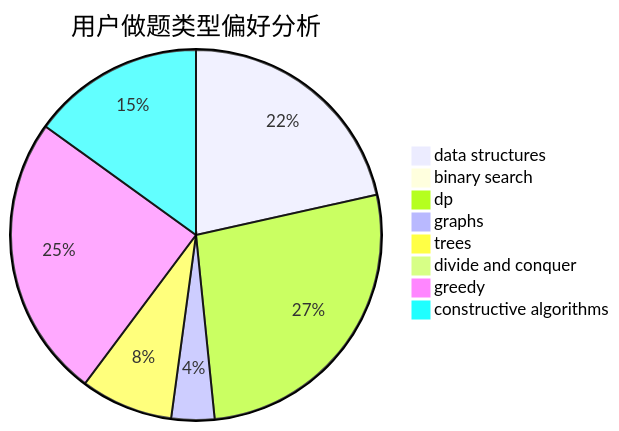
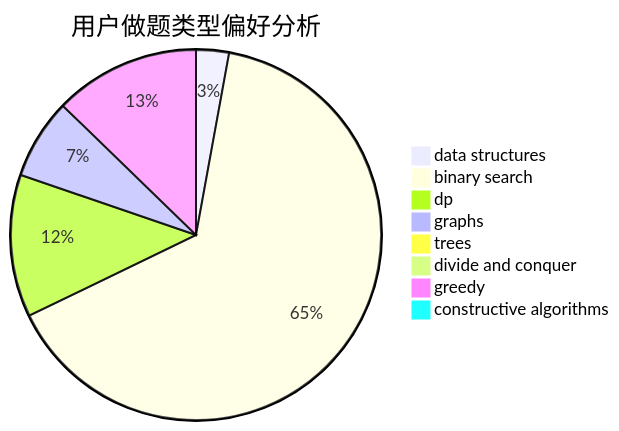
One commit to sherpahu/cfrs.github.io changed the second of 3 diagrams in docs/user/u1327.md. Above: the diagram before and after it, drawn with Mermaid. The commit also changed other lines of this file and 2770 other files, not shown here.

````diff
--- a/docs/user/u1327.md
+++ b/docs/user/u1327.md
@@ -23,11 +23,11 @@
 ```mermaid
 pie title 用户做题类型偏好分析
-    "data structures" :  40
-    "binary search" :  0
-    "dp" :  50
-    "graphs" :  7
-    "trees" :  15
+    "data structures" :  9
+    "binary search" :  204
+    "dp" :  39
+    "graphs" :  22
+    "trees" :  0
     "divide and conquer" :  0
-    "greedy" :  46
-    "constructive algorithms" :  28
+    "greedy" :  40
+    "constructive algorithms" :  2
 ```
````
